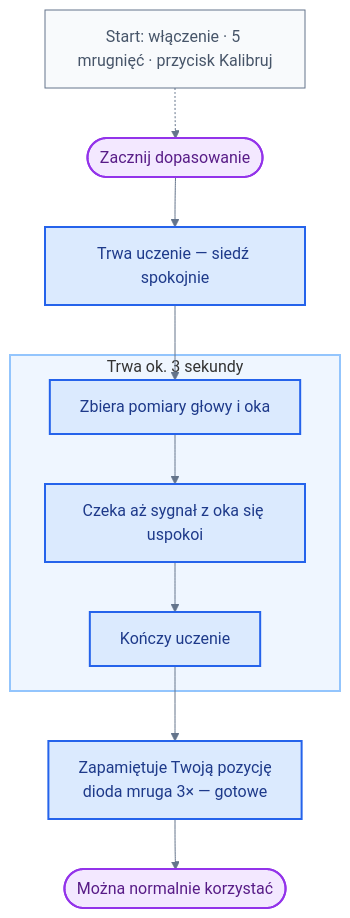
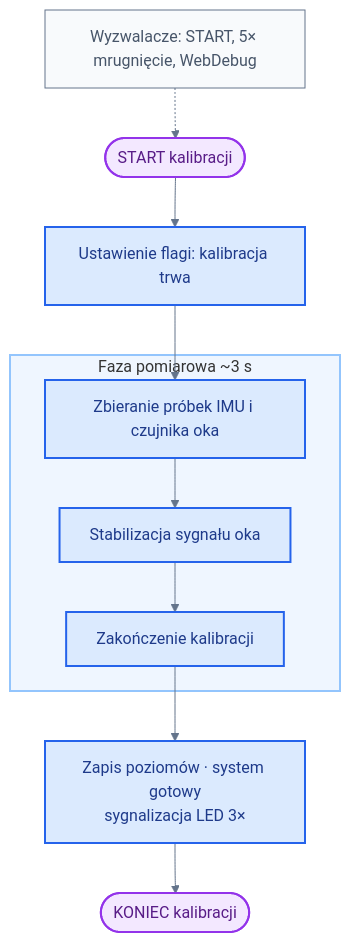
The sixth of 10 diagrams in README.md (bartkadres-ai/HEFAS-4.0), drawn with Mermaid before and after one commit. The commit also changed other lines of this file, not shown here.

````diff
--- a/README.md
+++ b/README.md
@@ -498,25 +498,25 @@
 ```mermaid
 %%{init: { 'theme': 'default', 'themeVariables': { 'darkMode': false, 'background': '#ffffff', 'mainBkg': '#ffffff', 'primaryColor': '#ffffff', 'secondaryColor': '#ffffff', 'tertiaryColor': '#ffffff', 'primaryTextColor': '#1e293b', 'secondaryTextColor': '#334155', 'lineColor': '#64748b', 'primaryBorderColor': '#94a3b8', 'clusterBkg': '#f1f5f9', 'clusterBorder': '#94a3b8', 'edgeLabelBackground': '#ffffff', 'noteBkgColor': '#f8fafc', 'noteTextColor': '#475569', 'fontFamily': 'arial' }}}%%
 flowchart TD
-    KTRIG["Start: włączenie · 5 mrugnięć · przycisk Kalibruj"] -.-> K0
-    K0([Zacznij dopasowanie]) --> K1["Trwa uczenie — siedź spokojnie"]
+    KTRIG["Wyzwalacze: START, 5× mrugnięcie, WebDebug"] -.-> K0
+    K0([START kalibracji]) --> K1[Ustawienie flagi: kalibracja trwa]
     K1 --> T1
 
-    subgraph TICK["Trwa ok. 3 sekundy"]
-        T1["Zbiera pomiary głowy i oka"]
-        T2["Czeka aż sygnał z oka się uspokoi"]
-        T3[Kończy uczenie]
+    subgraph TICK["Faza pomiarowa ~3 s"]
+        T1[Zbieranie próbek IMU i czujnika oka]
+        T2[Stabilizacja sygnału oka]
+        T3[Zakończenie kalibracji]
         T1 --> T2 --> T3
     end
 
-    T3 --> K4["Zapamiętuje Twoją pozycję<br/>dioda mruga 3× — gotowe"]
-    K4 --> KON([Można normalnie korzystać])
+    T3 --> K4["Zapis poziomów · system gotowy<br/>sygnalizacja LED 3×"]
+    K4 --> KON([KONIEC kalibracji])
 
     classDef startEnd fill:#f3e8ff,stroke:#9333ea,stroke-width:2px,color:#581c87
     classDef process fill:#dbeafe,stroke:#2563eb,stroke-width:2px,color:#1e3a8a
     classDef trigger fill:#f8fafc,stroke:#64748b,stroke-width:1px,color:#475569
     class K0,KON startEnd
     class K1,T1,T2,T3,K4 process
     class KTRIG trigger
     style TICK fill:#eff6ff,stroke:#93c5fd,stroke-width:2px
 ```
````
